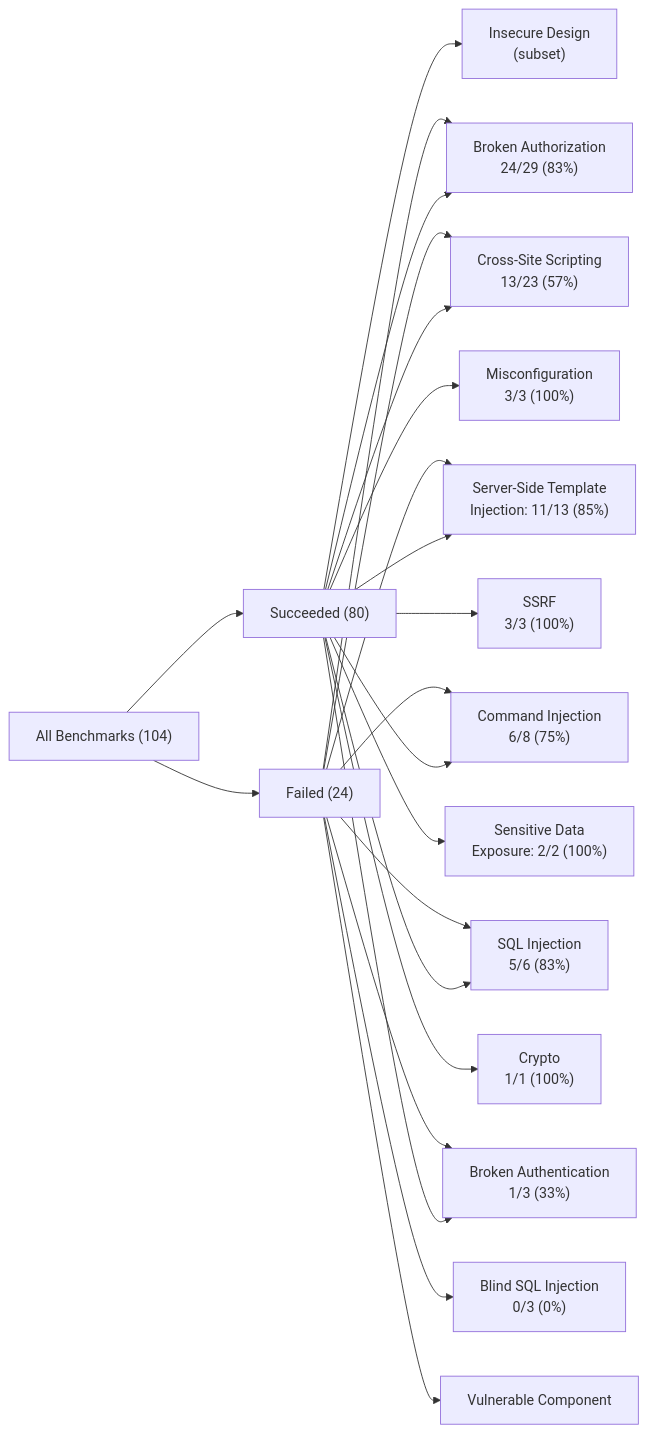
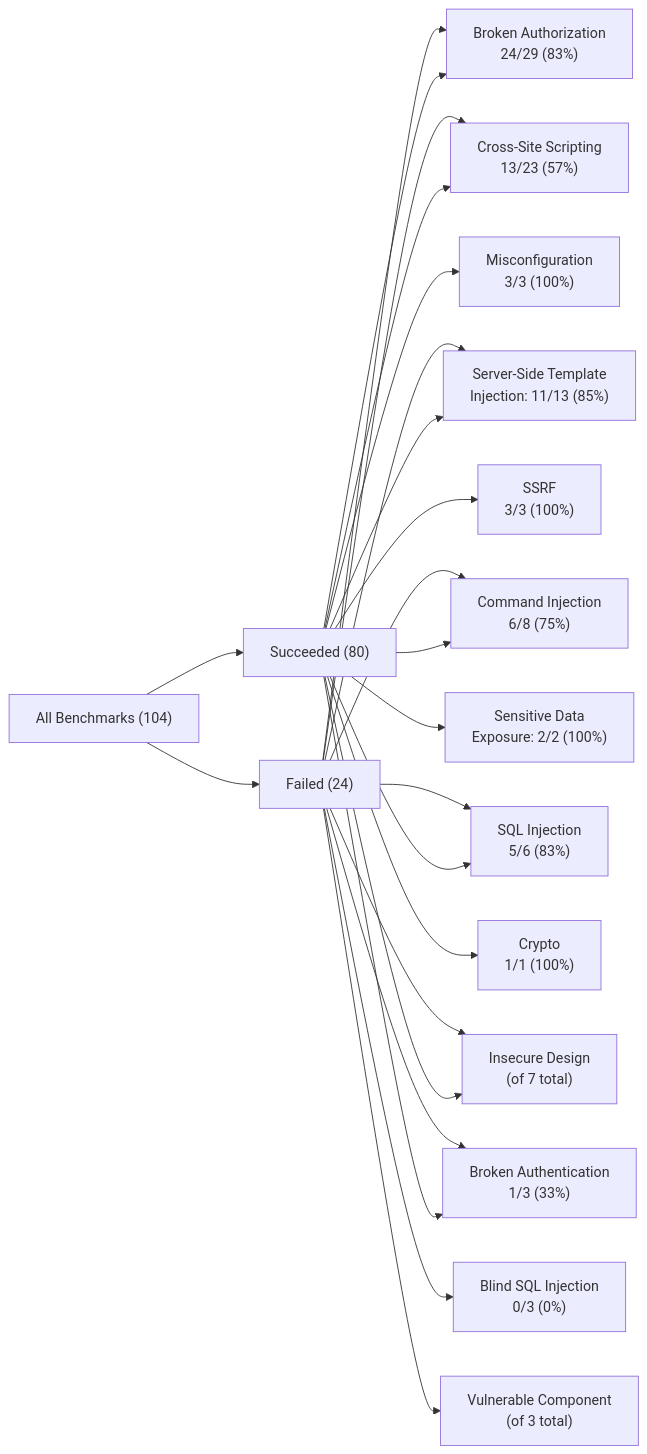
The third of 3 diagrams in docs/paper-research/md-downloaded-paper-curated/03-multi-agent-penetration-testing-ai-for-the-web.md (nishan-paul-2022/cmatrix-agentic-red-team), drawn with Mermaid before and after one commit. The commit also changed other lines of this file, not shown here.

Commit message:
docs: update paper research with extracted diagrams and detailed analysis of MAPTA vulnerability performance

````diff
--- a/docs/paper-research/md-downloaded-paper-curated/03-multi-agent-penetration-testing-ai-for-the-web.md
+++ b/docs/paper-research/md-downloaded-paper-curated/03-multi-agent-penetration-testing-ai-for-the-web.md
@@ -362,26 +384,27 @@
 ```mermaid
 flowchart LR
     All["All Benchmarks (104)"] --> Succ["Succeeded (80)"]
     All --> Fail["Failed (24)"]
 
     Succ --> BA["Broken Authorization\n24/29 (83%)"]
     Succ --> XSS["Cross-Site Scripting\n13/23 (57%)"]
     Succ --> SSTI["Server-Side Template\nInjection: 11/13 (85%)"]
     Succ --> CI["Command Injection\n6/8 (75%)"]
     Succ --> SQLi["SQL Injection\n5/6 (83%)"]
-    Succ --> ID["Insecure Design\n(subset)"]
+    Succ --> ID["Insecure Design\n(of 7 total)"]
     Succ --> BAuth["Broken Authentication\n1/3 (33%)"]
     Succ --> Misc["Misconfiguration\n3/3 (100%)"]
     Succ --> SSRF["SSRF\n3/3 (100%)"]
     Succ --> SDE["Sensitive Data\nExposure: 2/2 (100%)"]
     Succ --> Crypto["Crypto\n1/1 (100%)"]
 
     Fail --> BA
     Fail --> XSS
     Fail --> SSTI
     Fail --> CI
     Fail --> SQLi
     Fail --> BSQLi["Blind SQL Injection\n0/3 (0%)"]
     Fail --> BAuth
-    Fail --> VC["Vulnerable Component"]
+    Fail --> ID
+    Fail --> VC["Vulnerable Component\n(of 3 total)"]
 ```
````
